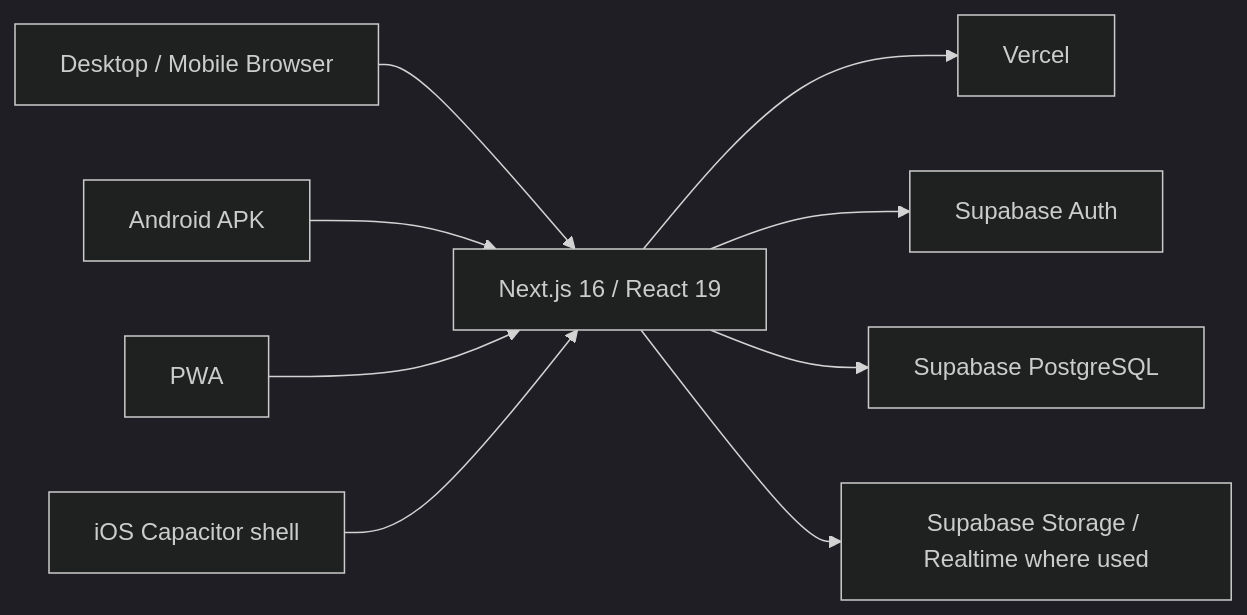
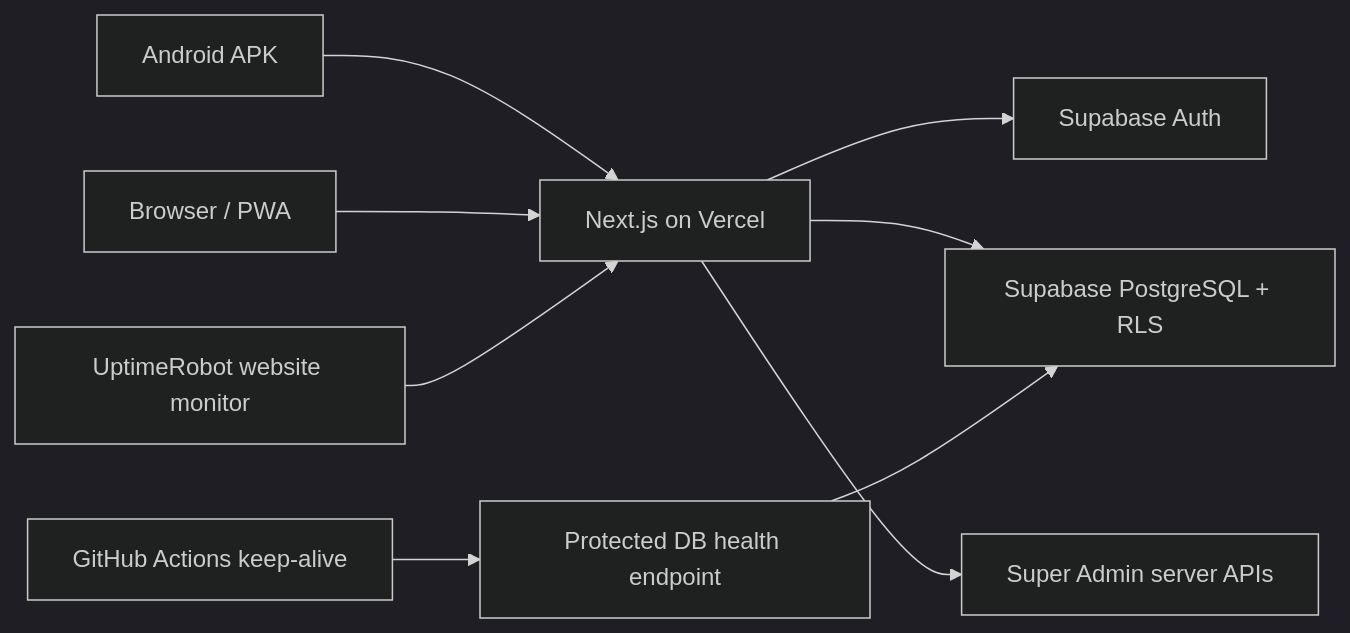
Before and after one commit to lumuxav/maya-steel-works: the diagram in README.md, drawn with Mermaid (dark theme). The commit also changed other lines of this file, not shown here.

````diff
--- a/README.md
+++ b/README.md
@@ -55,11 +78,11 @@
 ```mermaid
 flowchart LR
-    A[Desktop / Mobile Browser] --> B[Next.js 16 / React 19]
-    C[Android APK] --> B
-    D[PWA] --> B
-    E[iOS Capacitor shell] --> B
-    B --> F[Vercel]
-    B --> G[Supabase Auth]
-    B --> H[Supabase PostgreSQL]
-    B --> I[Supabase Storage / Realtime where used]
+  Mobile[Android APK] --> Next[Next.js on Vercel]
+  Browser[Browser / PWA] --> Next
+  Next --> Auth[Supabase Auth]
+  Next --> Data[Supabase PostgreSQL + RLS]
+  Next --> API[Super Admin server APIs]
+  GitHub[GitHub Actions keep-alive] --> Health[Protected DB health endpoint]
+  Health --> Data
+  Uptime[UptimeRobot website monitor] --> Next
 ```
````
